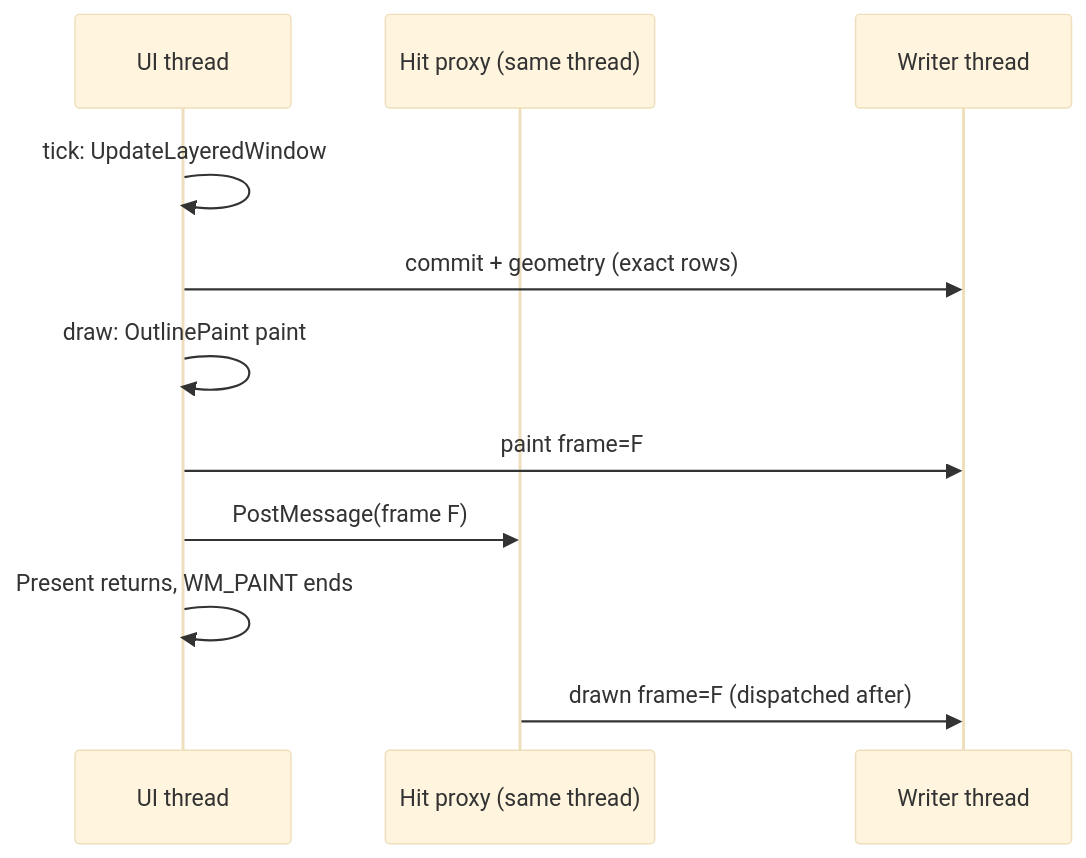
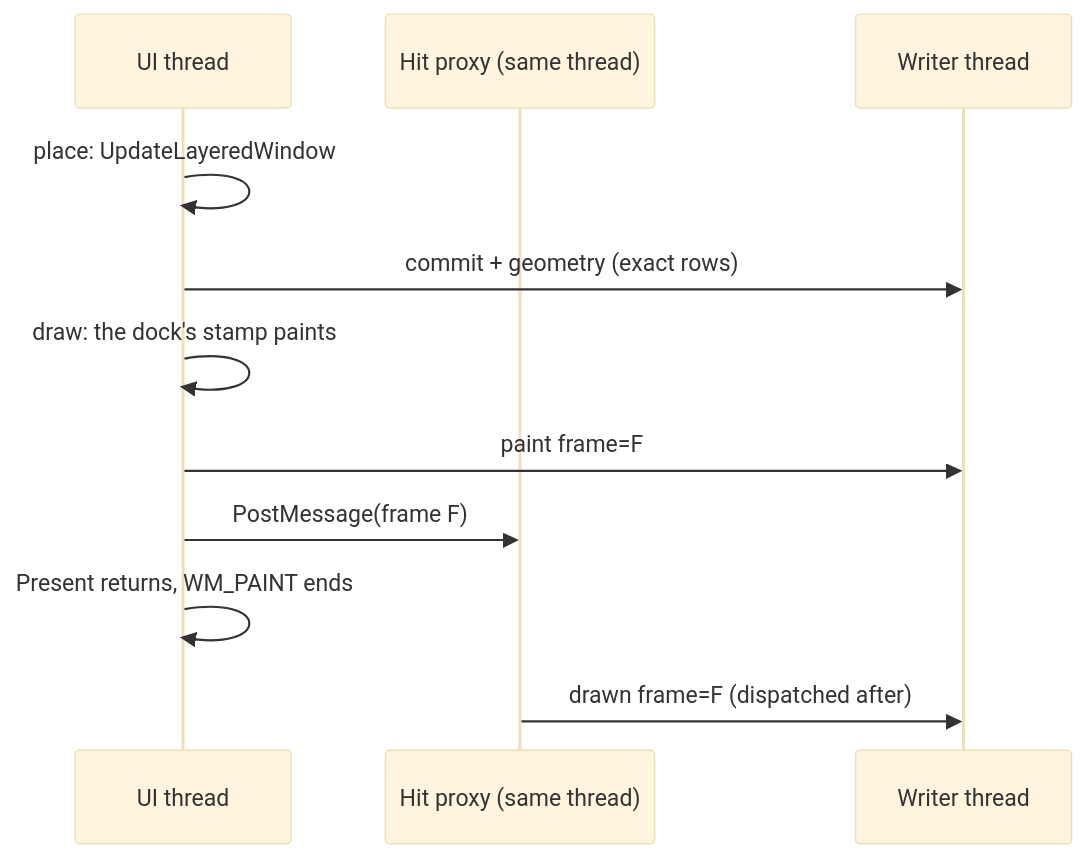
The third of 3 diagrams in docs/development/presence.md (labcoder/capsula), drawn with Mermaid (base theme) before and after one commit. The commit also changed other lines of this file and 30 other files, not shown here.

Commit message:
feat(shell): draw the dock as an antialiased line

````diff
--- a/docs/development/presence.md
+++ b/docs/development/presence.md
@@ -174,13 +140,13 @@
 ```mermaid
 sequenceDiagram
     participant UI as UI thread
     participant Proxy as Hit proxy (same thread)
     participant W as Writer thread
-    UI->>UI: tick: UpdateLayeredWindow
+    UI->>UI: place: UpdateLayeredWindow
     UI->>W: commit + geometry (exact rows)
-    UI->>UI: draw: OutlinePaint paint
+    UI->>UI: draw: the dock's stamp paints
     UI->>W: paint frame=F
     UI->>Proxy: PostMessage(frame F)
     UI->>UI: Present returns, WM_PAINT ends
     Proxy->>W: drawn frame=F (dispatched after)
 ```
````
